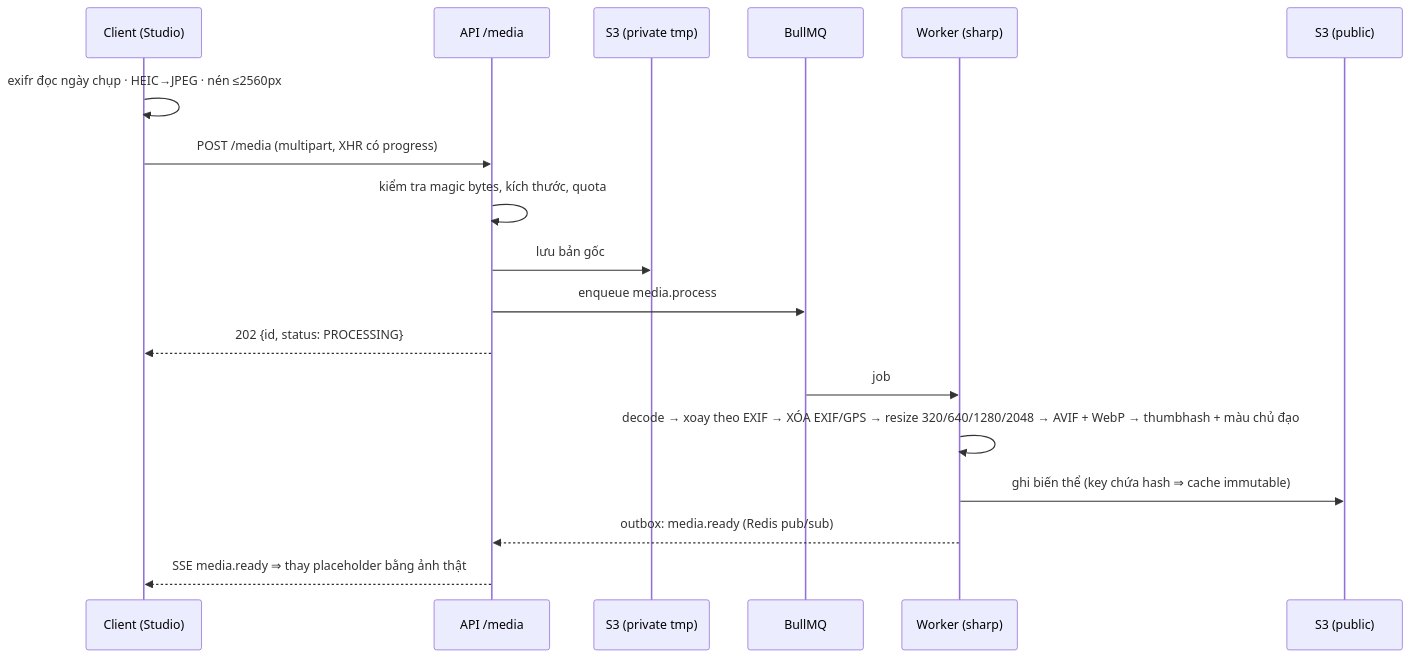
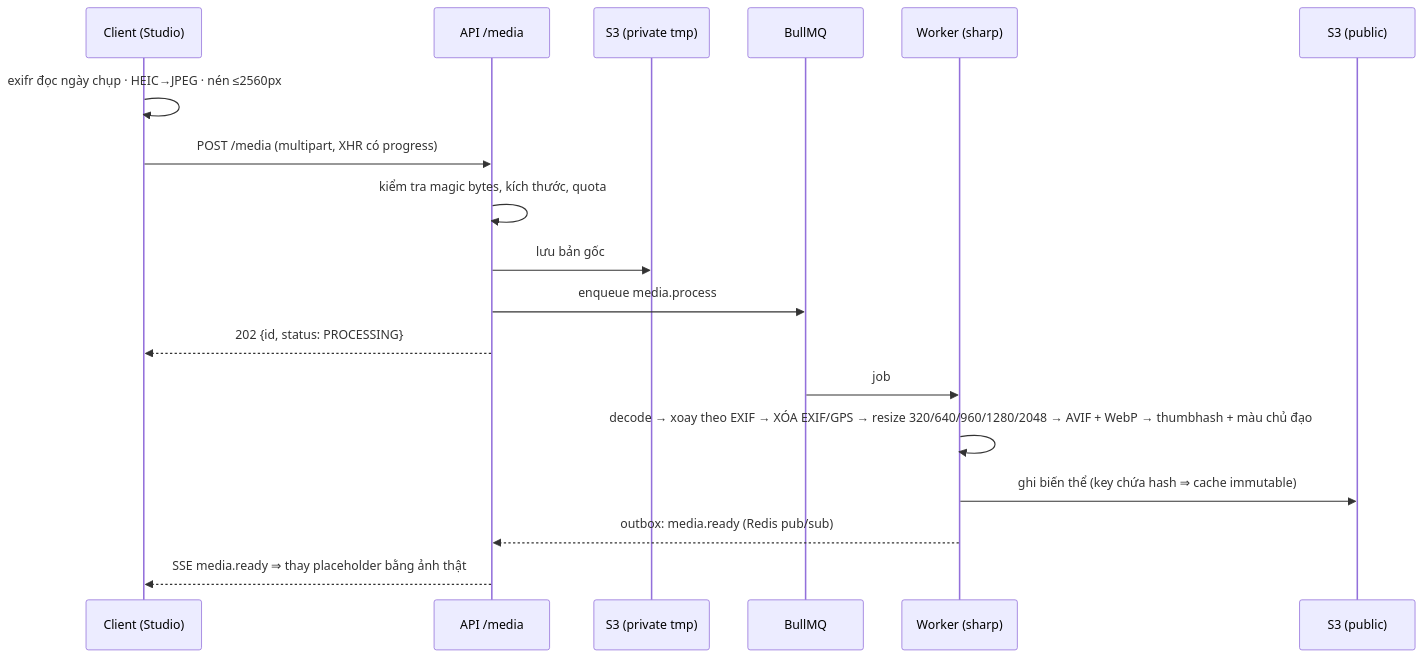
One commit to DienHung05/vCRAFT changed the sixth of 10 diagrams in docs/ARCHITECTURE.md. Above: the diagram before and after it, drawn with Mermaid. The commit also changed 7 other files, not shown here.

````diff
--- a/docs/ARCHITECTURE.md
+++ b/docs/ARCHITECTURE.md
@@ -427,20 +427,20 @@
 ```mermaid
 sequenceDiagram
     participant C as Client (Studio)
     participant A as API /media
     participant S as S3 (private tmp)
     participant Q as BullMQ
     participant W as Worker (sharp)
     participant P as S3 (public)
     C->>C: exifr đọc ngày chụp · HEIC→JPEG · nén ≤2560px
     C->>A: POST /media (multipart, XHR có progress)
     A->>A: kiểm tra magic bytes, kích thước, quota
     A->>S: lưu bản gốc
     A->>Q: enqueue media.process
     A-->>C: 202 {id, status: PROCESSING}
     Q->>W: job
-    W->>W: decode → xoay theo EXIF → XÓA EXIF/GPS → resize 320/640/1280/2048 → AVIF + WebP → thumbhash + màu chủ đạo
+    W->>W: decode → xoay theo EXIF → XÓA EXIF/GPS → resize 320/640/960/1280/2048 → AVIF + WebP → thumbhash + màu chủ đạo
     W->>P: ghi biến thể (key chứa hash ⇒ cache immutable)
     W-->>A: outbox: media.ready (Redis pub/sub)
     A-->>C: SSE media.ready ⇒ thay placeholder bằng ảnh thật
 ```
````
